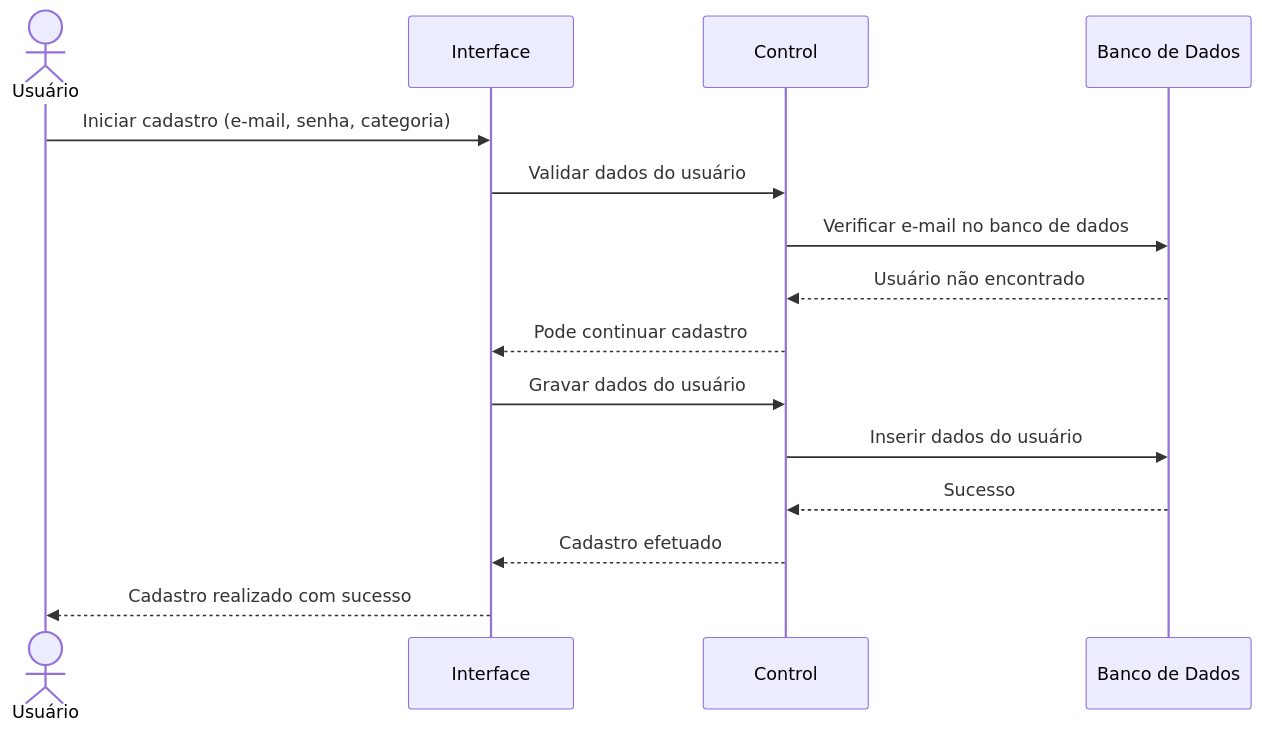
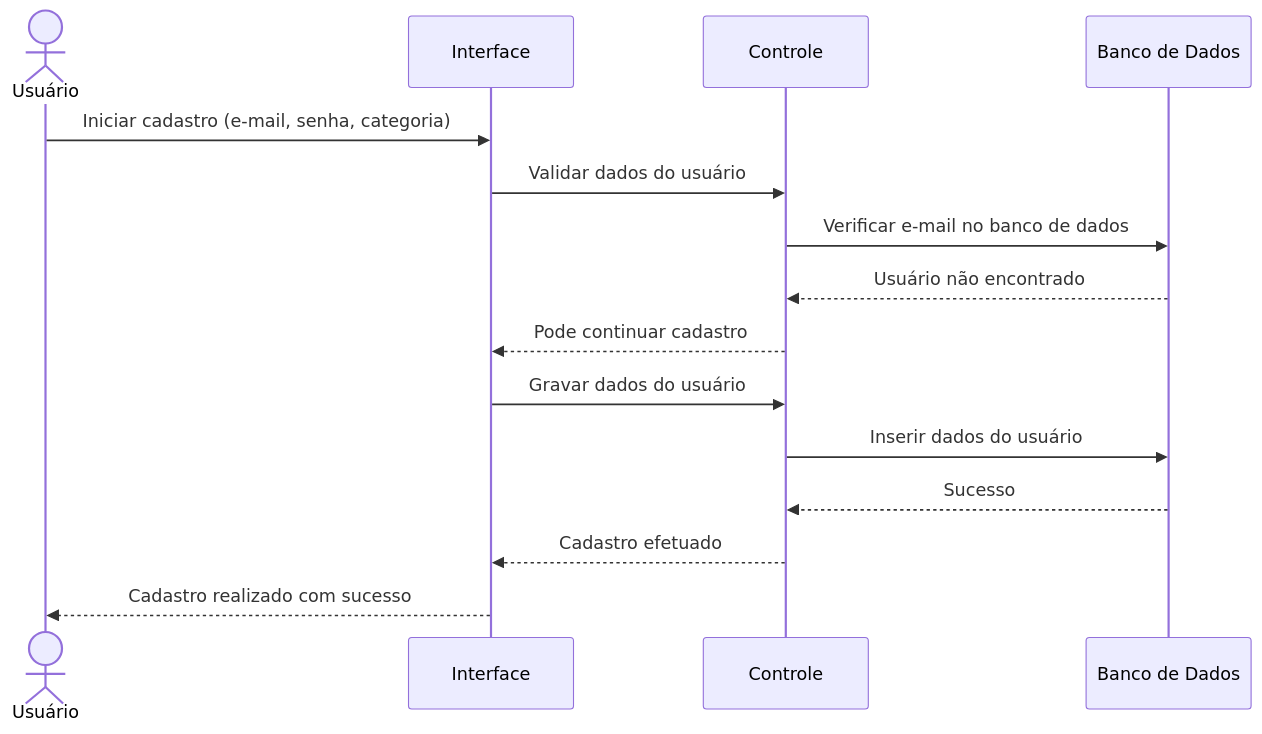
The first of 3 diagrams in README.MD (mthsrp10-dev/locadora-corujao-games), drawn with Mermaid before and after one commit.

````diff
--- a/README.MD
+++ b/README.MD
@@ -162,18 +162,18 @@
 ```mermaid
 sequenceDiagram
     actor U as Usuário
     participant I as Interface
-    participant C as Control
+    participant C as Controle
     participant B as Banco de Dados
 
     U->>I: Iniciar cadastro (e-mail, senha, categoria)
     I->>C: Validar dados do usuário
     C->>B: Verificar e-mail no banco de dados
     B-->>C: Usuário não encontrado
     C-->>I: Pode continuar cadastro
     I->>C: Gravar dados do usuário
     C->>B: Inserir dados do usuário
     B-->>C: Sucesso
     C-->>I: Cadastro efetuado
     I-->>U: Cadastro realizado com sucesso
 ```
````
